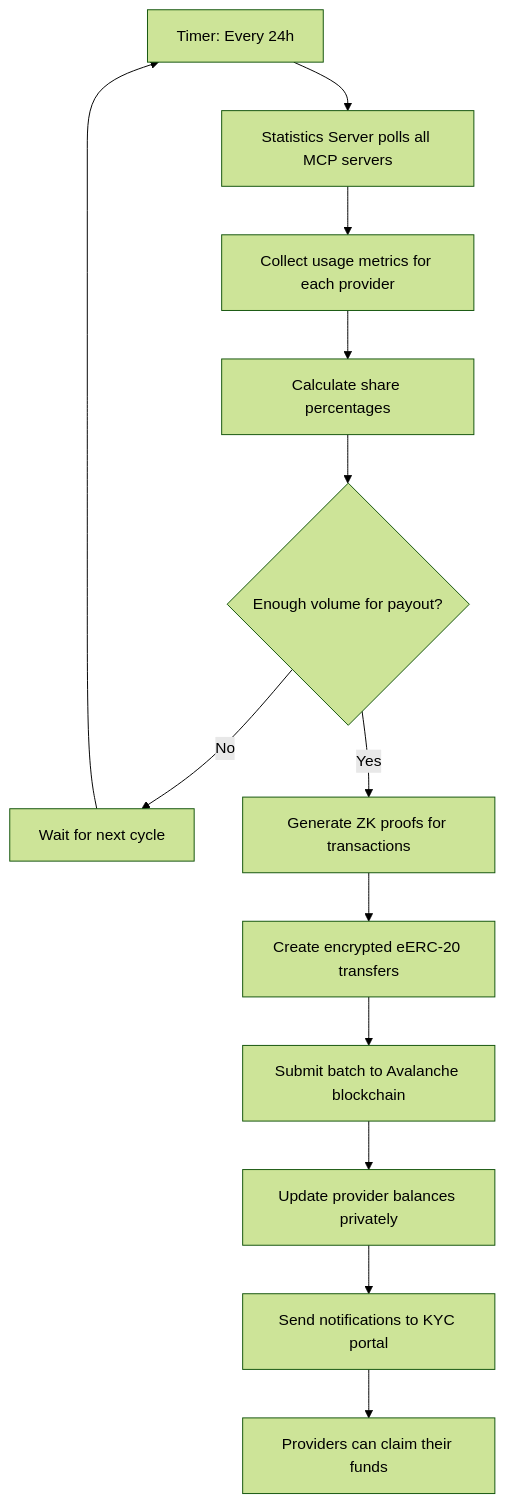
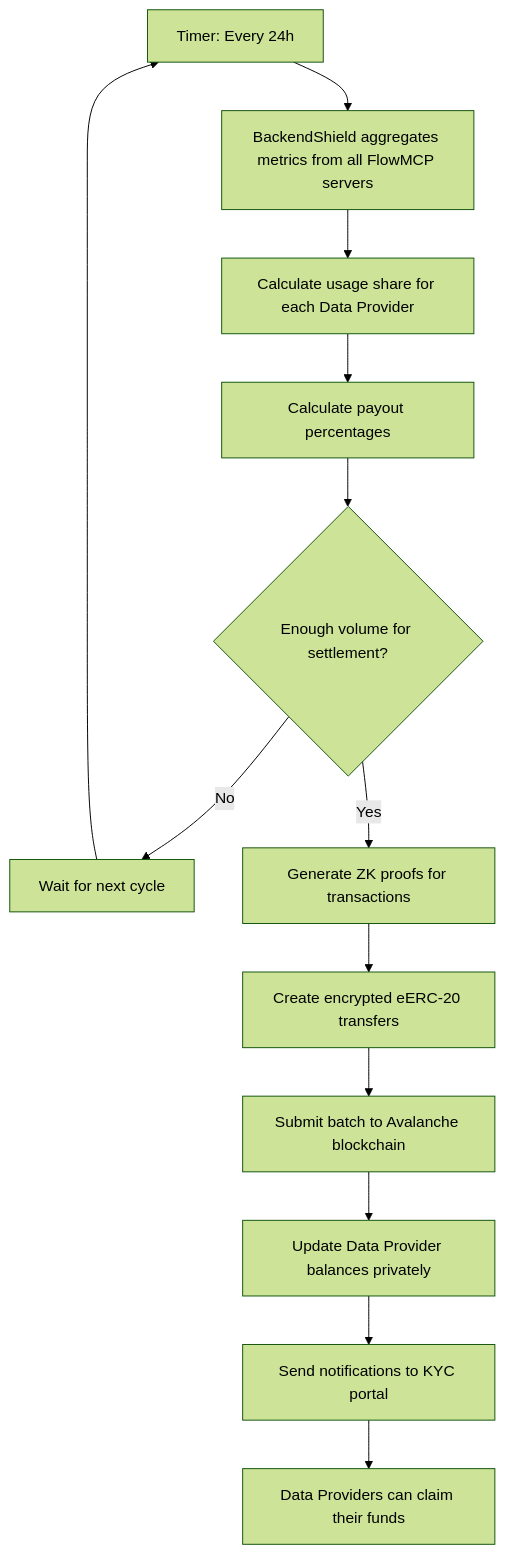
The second of 2 diagrams in about/USER_FLOW.md (a6b8/backendshield), drawn with Mermaid (forest theme) before and after one commit. The commit also changed other lines of this file and 2 other files, not shown here.

Commit message:
Add USER_FLOW.md #2

````diff
--- a/about/USER_FLOW.md
+++ b/about/USER_FLOW.md
@@ -38,18 +41,18 @@
 ```mermaid
 graph TD
-    A[Timer: Every 24h] --> B[Statistics Server polls all MCP servers]
-    B --> C[Collect usage metrics for each provider]
-    C --> D[Calculate share percentages]
+    A[Timer: Every 24h] --> B[BackendShield aggregates metrics from all FlowMCP servers]
+    B --> C[Calculate usage share for each Data Provider]
+    C --> D[Calculate payout percentages]
     
-    D --> E{Enough volume for payout?}
+    D --> E{Enough volume for settlement?}
     E -->|No| F[Wait for next cycle]
     E -->|Yes| G[Generate ZK proofs for transactions]
     
     G --> H[Create encrypted eERC-20 transfers]
     H --> I[Submit batch to Avalanche blockchain]
-    I --> J[Update provider balances privately]
+    I --> J[Update Data Provider balances privately]
     J --> K[Send notifications to KYC portal]
     
-    K --> L[Providers can claim their funds]
+    K --> L[Data Providers can claim their funds]
     F --> A
 ```
````
